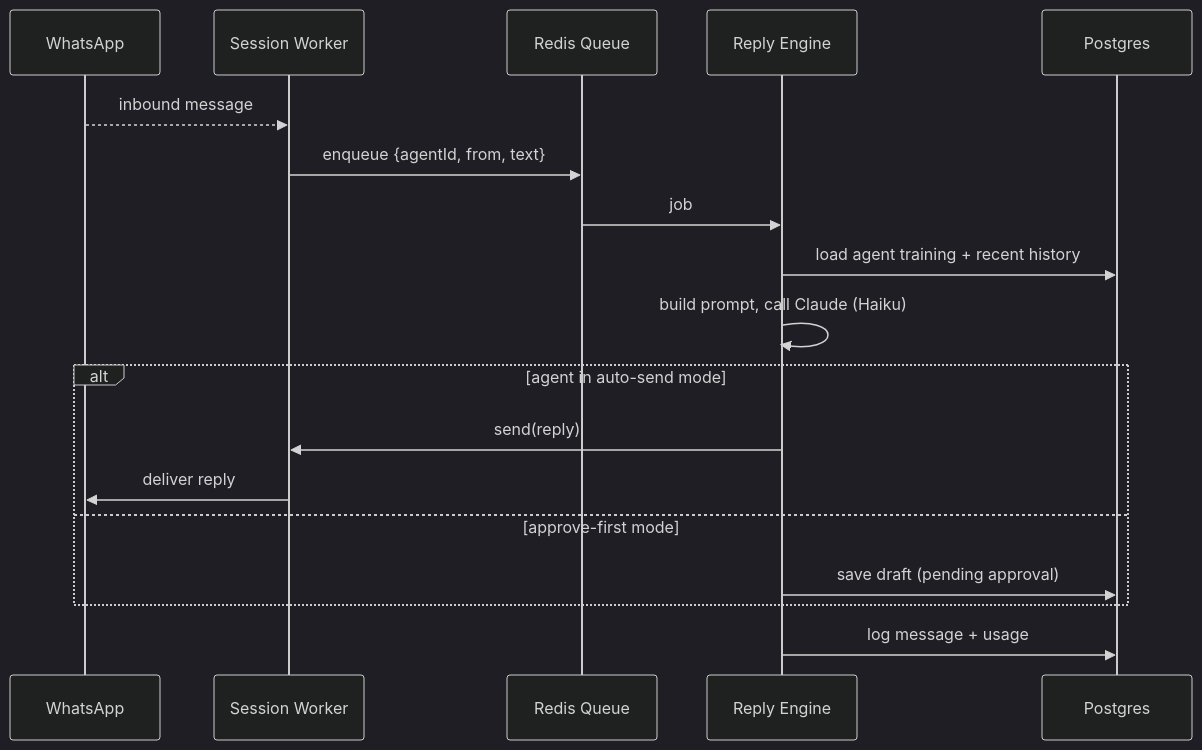
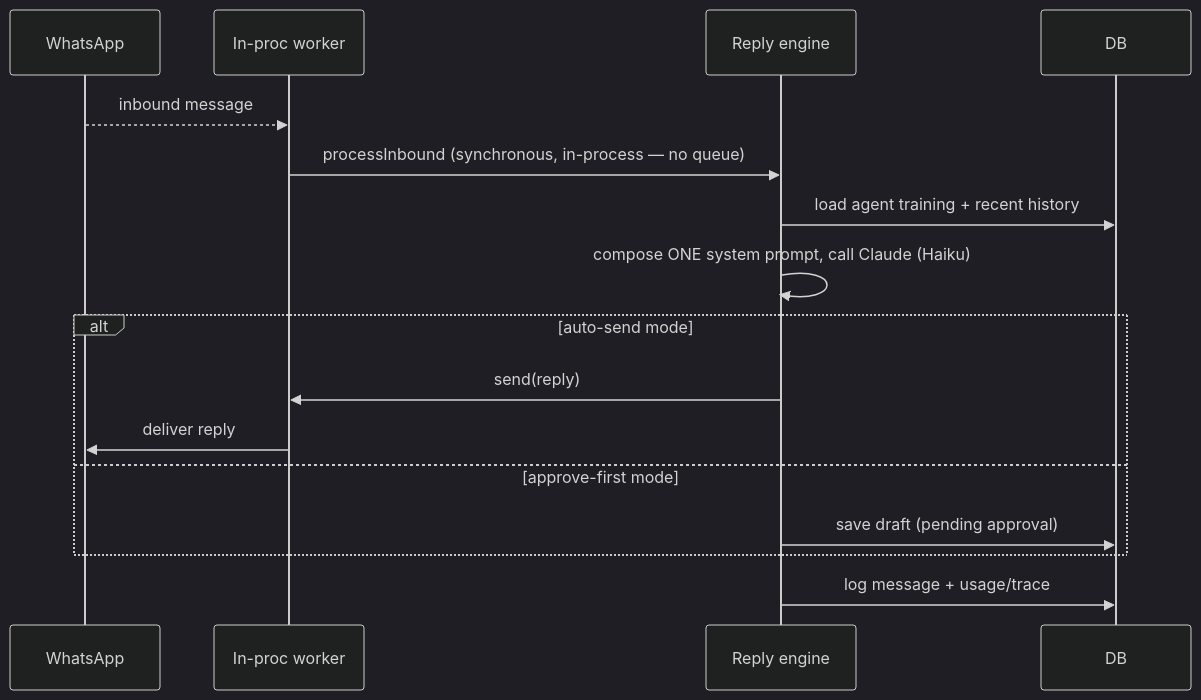
One commit to vvelisoju/agents-app changed the third of 3 diagrams in docs/ARCHITECTURE.md. Above: the diagram before and after it, drawn with Mermaid (dark theme). The commit also changed other lines of this file and 14 other files, not shown here.

````diff
--- a/docs/ARCHITECTURE.md
+++ b/docs/ARCHITECTURE.md
@@ -67,20 +77,18 @@
 ```mermaid
 sequenceDiagram
   participant WA as WhatsApp
-  participant WSW as Session Worker
-  participant Q as Redis Queue
-  participant ENG as Reply Engine
-  participant DB as Postgres
+  participant WSW as In-proc worker
+  participant ENG as Reply engine
+  participant DB as DB
   WA-->>WSW: inbound message
-  WSW->>Q: enqueue {agentId, from, text}
-  Q->>ENG: job
+  WSW->>ENG: processInbound (synchronous, in-process — no queue)
   ENG->>DB: load agent training + recent history
-  ENG->>ENG: build prompt, call Claude (Haiku)
-  alt agent in auto-send mode
+  ENG->>ENG: compose ONE system prompt, call Claude (Haiku)
+  alt auto-send mode
     ENG->>WSW: send(reply)
     WSW->>WA: deliver reply
   else approve-first mode
     ENG->>DB: save draft (pending approval)
   end
-  ENG->>DB: log message + usage
+  ENG->>DB: log message + usage/trace
 ```
````
